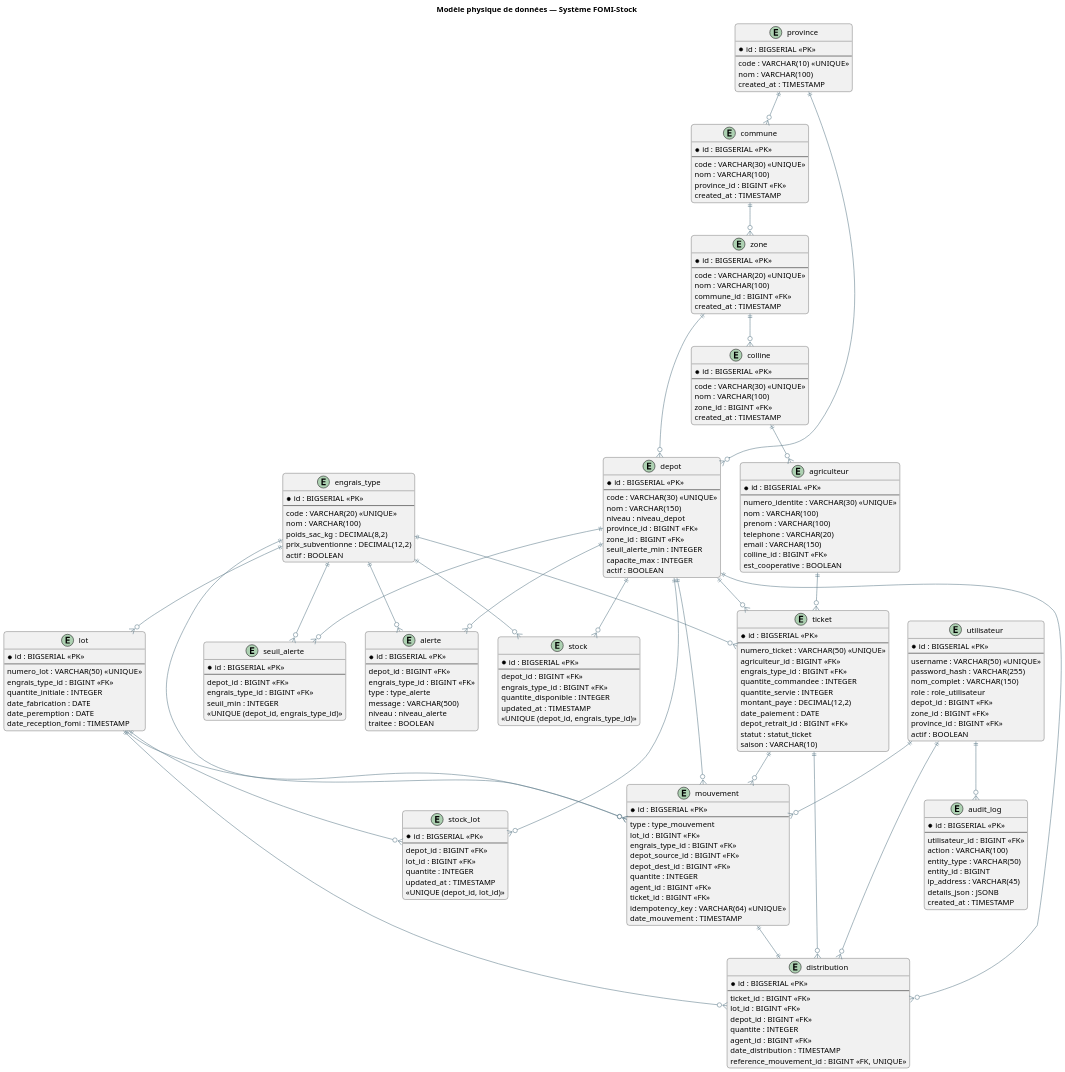
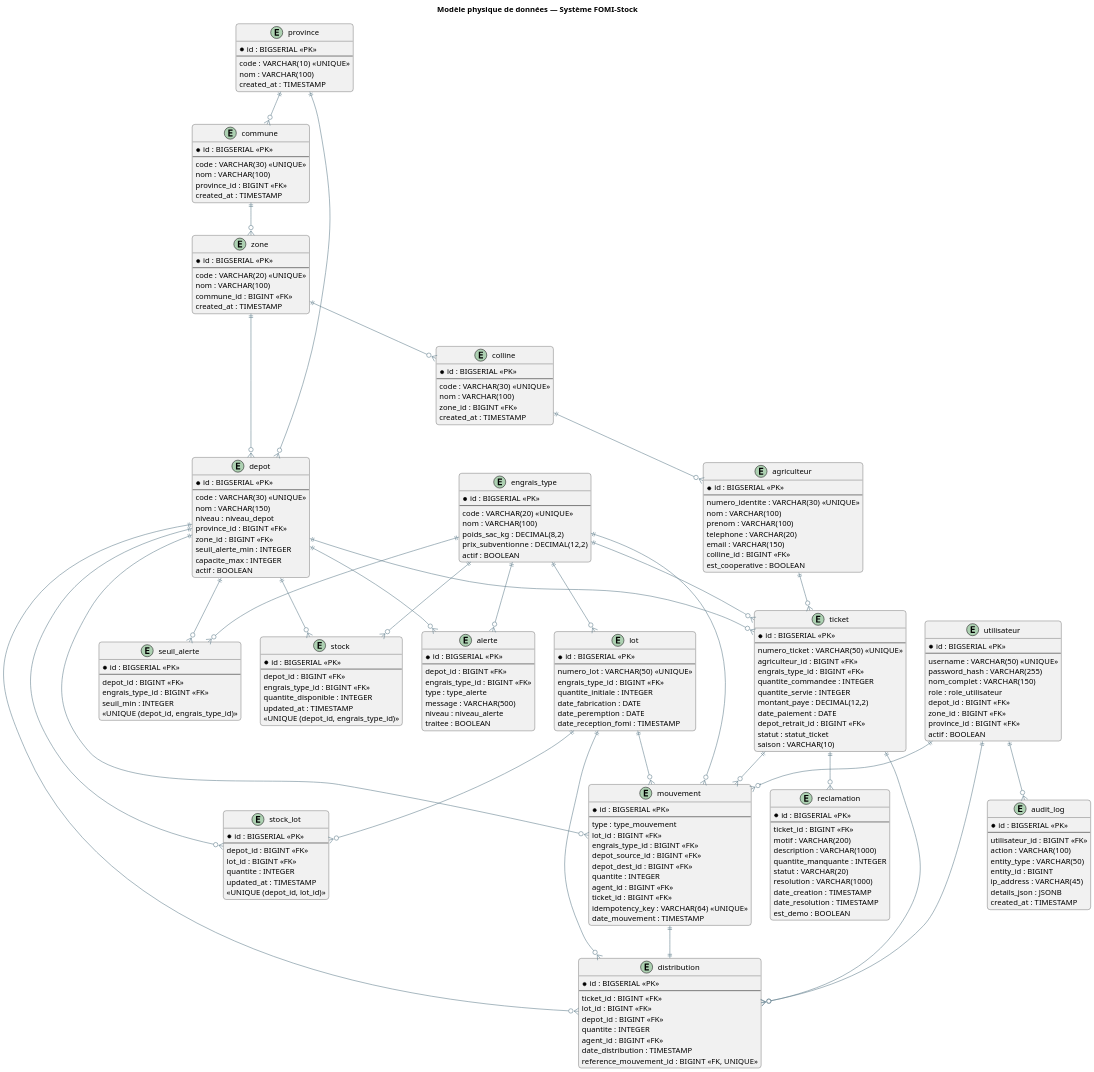
Before and after one commit to Davy-Antosper/memoire: the diagram in memoire_assets/puml_src/er_diagram.puml, drawn with PlantUML. The commit also changed 13 other files, not shown here.

```diff
--- a/memoire_assets/puml_src/er_diagram.puml
+++ b/memoire_assets/puml_src/er_diagram.puml
@@ -194,6 +194,21 @@
   <<UNIQUE (depot_id, engrais_type_id)>>
 }
 
+' ===== Réclamations =====
+entity "reclamation" as RECLAM {
+  * id : BIGSERIAL <<PK>>
+  --
+  ticket_id : BIGINT <<FK>>
+  motif : VARCHAR(200)
+  description : VARCHAR(1000)
+  quantite_manquante : INTEGER
+  statut : VARCHAR(20)
+  resolution : VARCHAR(1000)
+  date_creation : TIMESTAMP
+  date_resolution : TIMESTAMP
+  est_demo : BOOLEAN
+}
+
 ' ===== Relations =====
 PROV ||--o{ COMMUNE
 COMMUNE ||--o{ ZONE
@@ -225,6 +240,7 @@
 
 TICKET ||--o{ DIST
 TICKET ||--o{ MVT
+TICKET ||--o{ RECLAM
 
 USER ||--o{ MVT
 USER ||--o{ DIST
```
